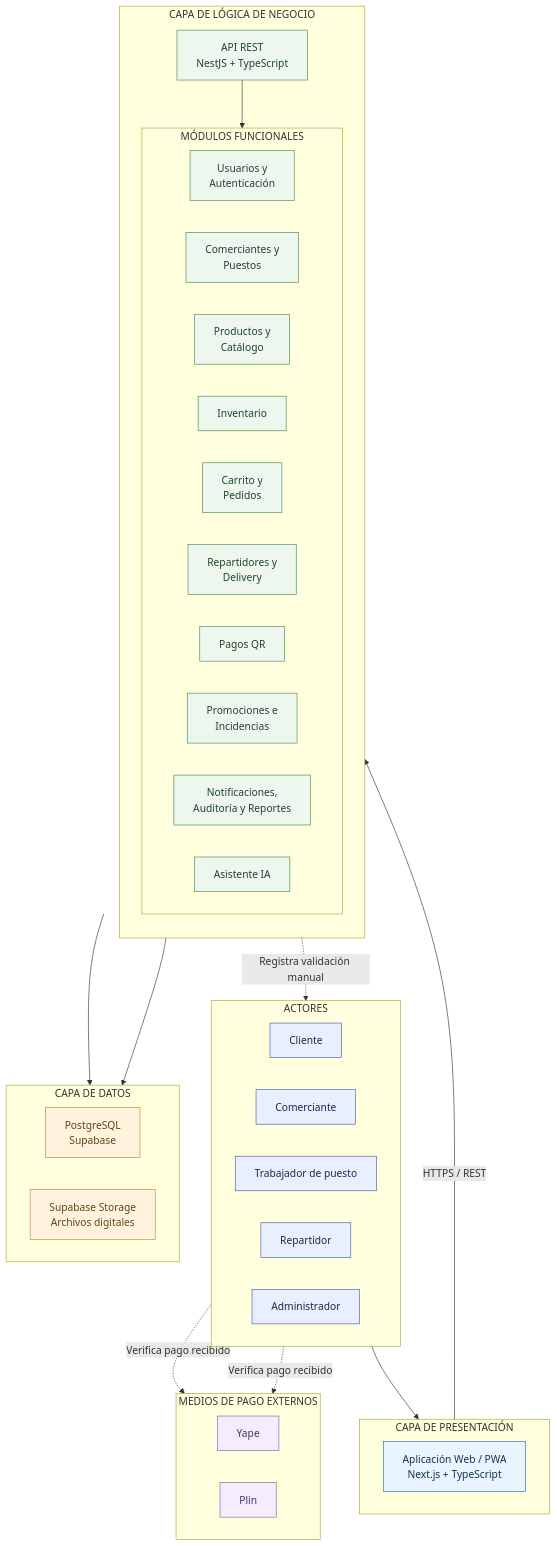
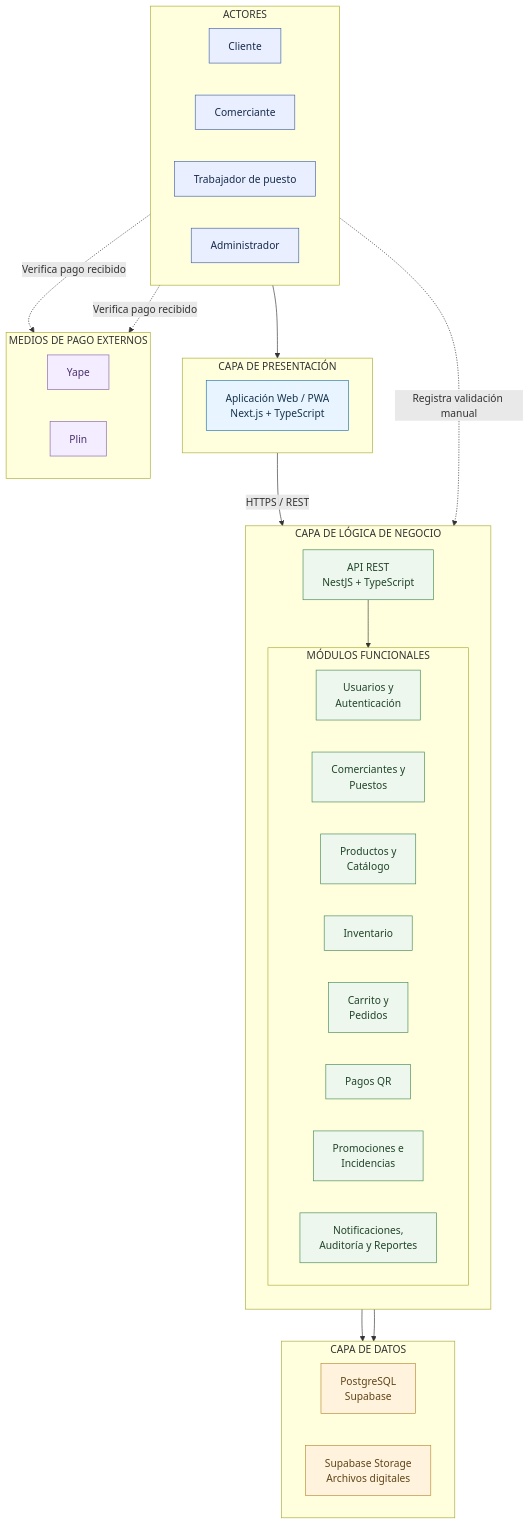
One commit to DheanFernandez/mercado-multivendedor changed the diagram in arquitectura/arquitectura-inicial.md. Above: the diagram before and after it, drawn with Mermaid. The commit also changed other lines of this file and 13 other files, not shown here.

````diff
--- a/arquitectura/arquitectura-inicial.md
+++ b/arquitectura/arquitectura-inicial.md
@@ -206,74 +189,71 @@
 ```mermaid
 flowchart TB
 
     subgraph ACT["ACTORES"]
         direction LR
         C["Cliente"]
         CM["Comerciante"]
         T["Trabajador de puesto"]
-        R["Repartidor"]
         A["Administrador"]
     end
 
     subgraph PRE["CAPA DE PRESENTACIÓN"]
         direction LR
         WEB["Aplicación Web / PWA<br/>Next.js + TypeScript"]
     end
 
     subgraph NEG["CAPA DE LÓGICA DE NEGOCIO"]
         direction TB
 
         API["API REST<br/>NestJS + TypeScript"]
 
         subgraph MOD["MÓDULOS FUNCIONALES"]
             direction LR
 
             M1["Usuarios y<br/>Autenticación"]
             M2["Comerciantes y<br/>Puestos"]
             M3["Productos y<br/>Catálogo"]
             M4["Inventario"]
             M5["Carrito y<br/>Pedidos"]
-            M6["Repartidores y<br/>Delivery"]
-            M7["Pagos QR"]
-            M8["Promociones e<br/>Incidencias"]
-            M9["Notificaciones,<br/>Auditoría y Reportes"]
-            M10["Asistente IA"]
+            M6["Pagos QR"]
+            M7["Promociones e<br/>Incidencias"]
+            M8["Notificaciones,<br/>Auditoría y Reportes"]
         end
     end
 
     subgraph DAT["CAPA DE DATOS"]
         direction LR
         DB["PostgreSQL<br/>Supabase"]
         ST["Supabase Storage<br/>Archivos digitales"]
     end
 
     subgraph EXT["MEDIOS DE PAGO EXTERNOS"]
         direction LR
         Y["Yape"]
         P["Plin"]
     end
 
     ACT --> WEB
     WEB -->|"HTTPS / REST"| API
 
     API --> MOD
     MOD --> DB
     MOD --> ST
 
-    R -.->|"Verifica pago recibido"| Y
-    R -.->|"Verifica pago recibido"| P
+    CM -.->|"Verifica pago recibido"| Y
+    CM -.->|"Verifica pago recibido"| P
 
-    M7 -.->|"Registra validación manual"| R
+    CM -.->|"Registra validación manual"| M6
 
     classDef actor fill:#e9efff,stroke:#4361a5,color:#172b4d
     classDef frontend fill:#e8f4ff,stroke:#2374ab,color:#17354d
     classDef backend fill:#edf7ed,stroke:#458a55,color:#20452a
     classDef data fill:#fff3dd,stroke:#b88a34,color:#604418
     classDef external fill:#f4ecff,stroke:#8662ae,color:#49316c
 
-    class C,CM,T,R,A actor
+    class C,CM,T,A actor
     class WEB frontend
-    class API,M1,M2,M3,M4,M5,M6,M7,M8,M9,M10 backend
+    class API,M1,M2,M3,M4,M5,M6,M7,M8 backend
     class DB,ST data
     class Y,P external
 ```
````
